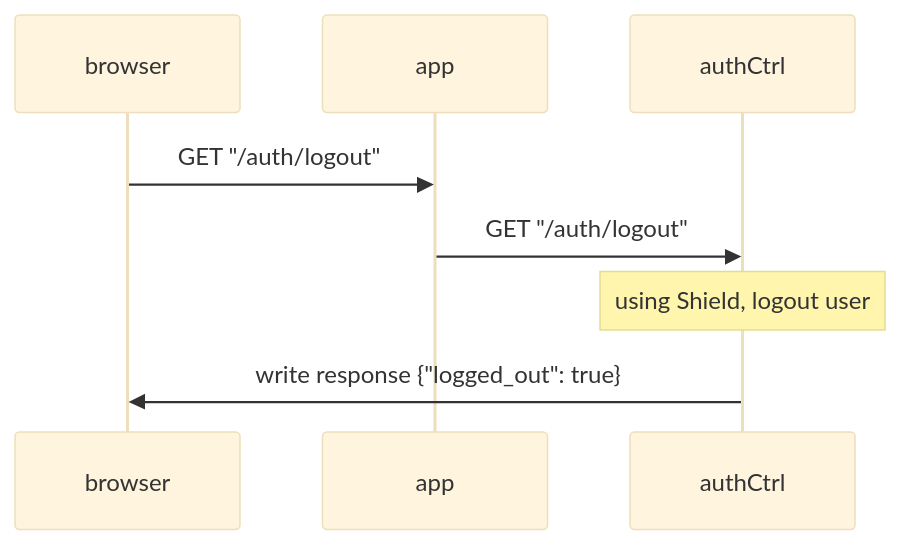
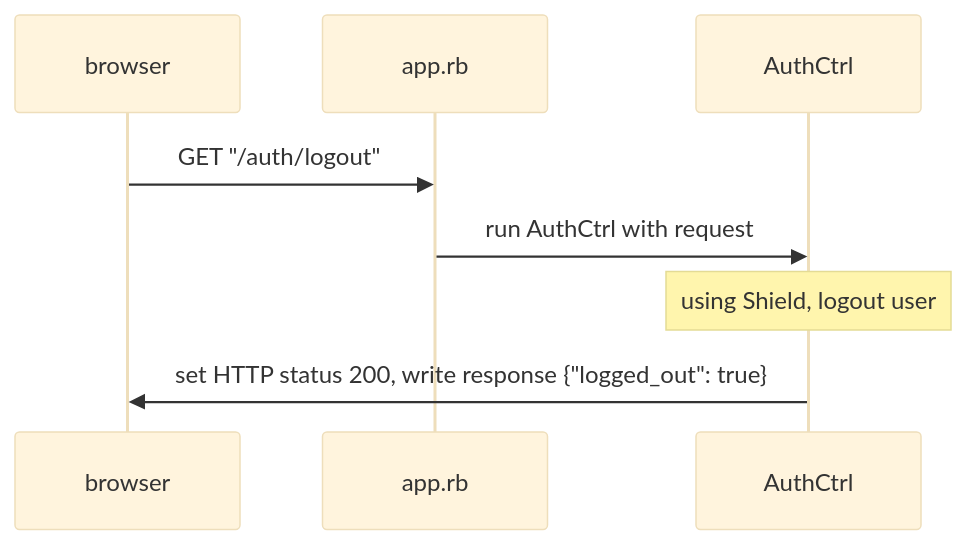
One commit to frankmeza/brasil changed the second of 4 diagrams in auth_flow.md. Above: the diagram before and after it, drawn with Mermaid (base theme). The commit also changed other lines of this file, not shown here.

Commit message:
add more diagrams for user controller

````diff
--- a/auth_flow.md
+++ b/auth_flow.md
@@ -25,11 +26,11 @@
 ```mermaid
 sequenceDiagram
 participant B as browser
-participant A as app
-participant Au as authCtrl
+participant A as app.rb
+participant Au as AuthCtrl
 
 B ->> A: GET "/auth/logout"
-A ->> Au: GET "/auth/logout"
+A ->> Au: run AuthCtrl with request
 Note over Au: using Shield, logout user 
-Au ->> B: write response {"logged_out": true} 
+Au ->> B: set HTTP status 200, write response {"logged_out": true} 
 ```
````
